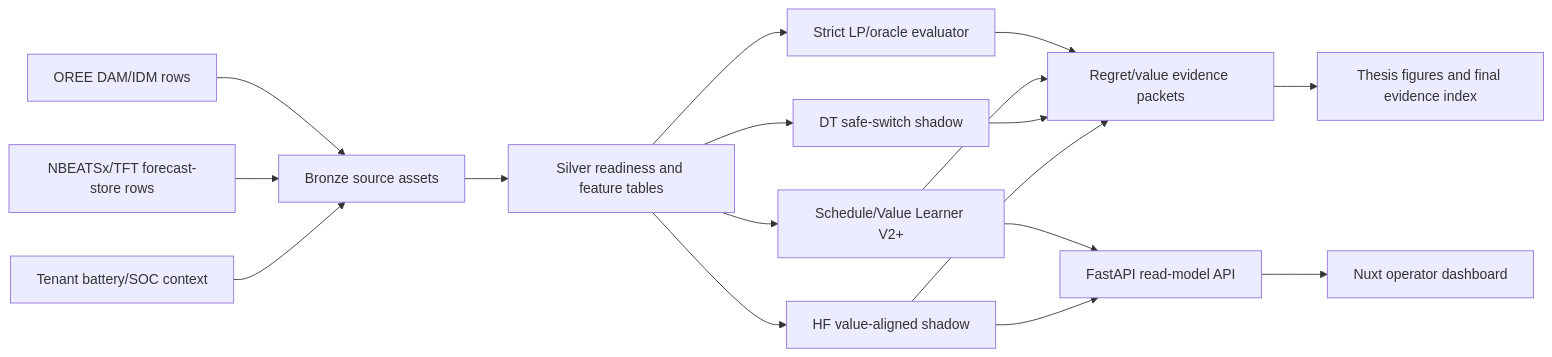
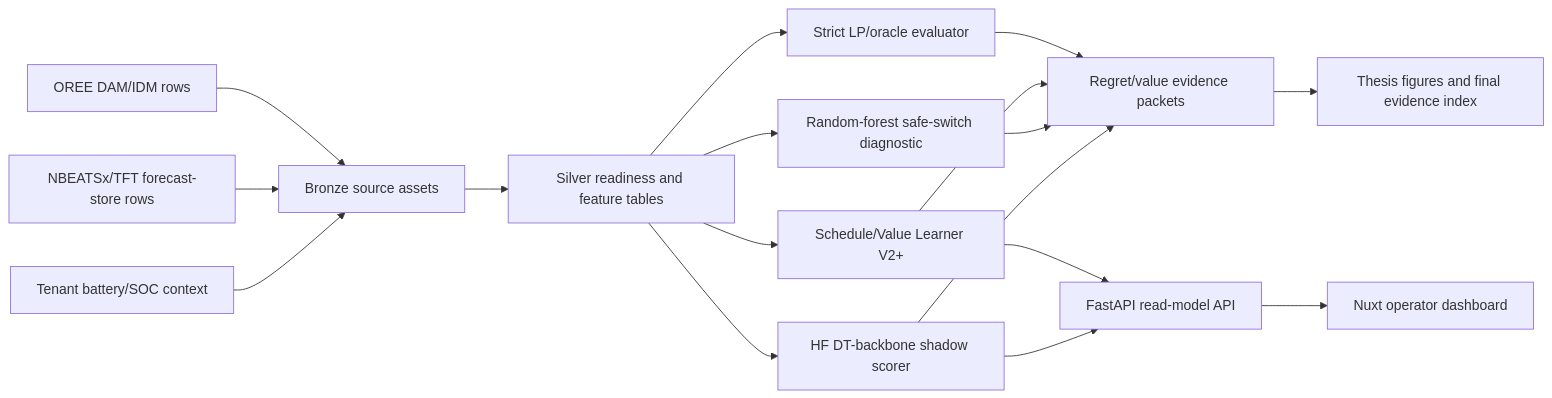
The diagram in README.md (ilyafefelov/Diploma), drawn with Mermaid before and after one commit. The commit also changed other lines of this file and 35 other files, not shown here.

````diff
--- a/README.md
+++ b/README.md
@@ -174,19 +174,19 @@
 ```mermaid
 flowchart LR
   A["OREE DAM/IDM rows"] --> B["Bronze source assets"]
   F["NBEATSx/TFT forecast-store rows"] --> B
   T["Tenant battery/SOC context"] --> B
   B --> C["Silver readiness and feature tables"]
   C --> D["Strict LP/oracle evaluator"]
   C --> E["Schedule/Value Learner V2+"]
-  C --> G["DT safe-switch shadow"]
-  C --> H["HF value-aligned shadow"]
+  C --> G["Random-forest safe-switch diagnostic"]
+  C --> H["HF DT-backbone shadow scorer"]
   D --> I["Regret/value evidence packets"]
   E --> I
   G --> I
   H --> I
   E --> J["FastAPI read-model API"]
   H --> J
   J --> K["Nuxt operator dashboard"]
   I --> L["Thesis figures and final evidence index"]
 ```
````
